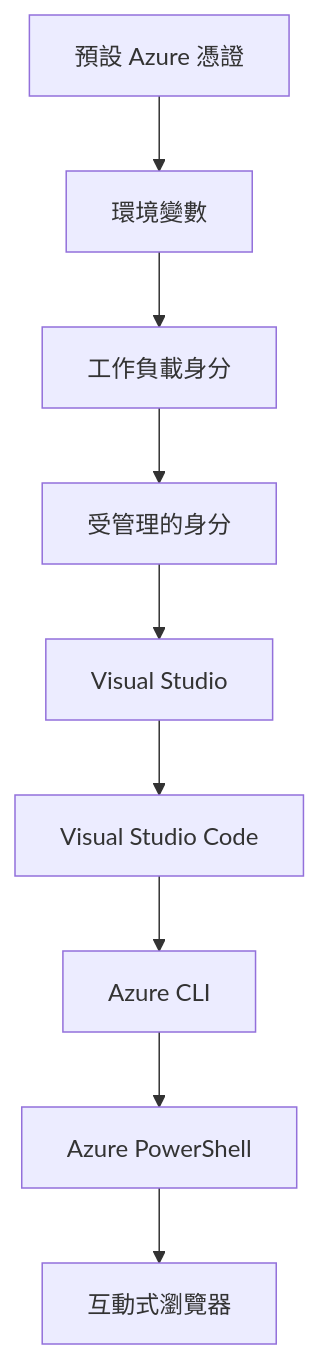
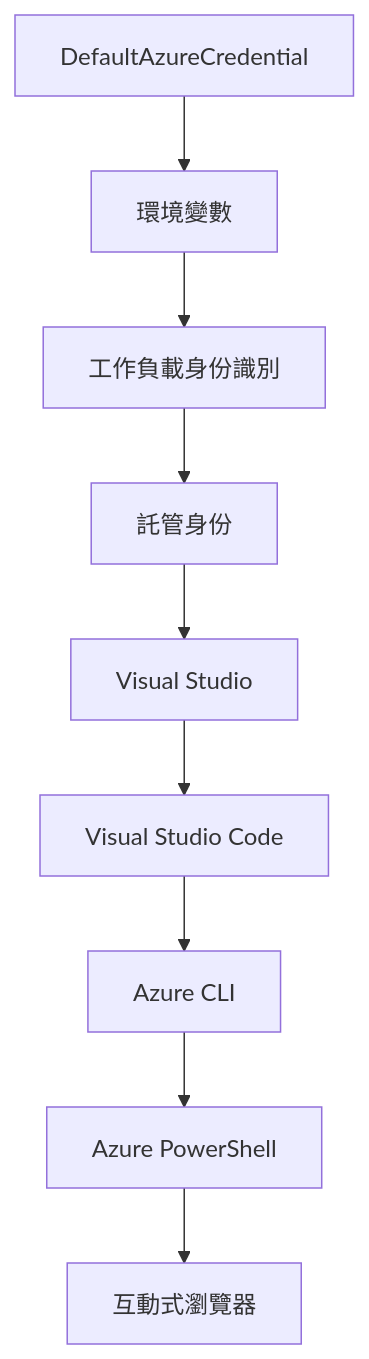
Before and after one commit to microsoft/AZD-for-beginners: the second of 2 diagrams in translations/zh-TW/docs/chapter-01-foundation/azd-basics.md, drawn with Mermaid. The commit also changed other lines of this file and 101 other files, not shown here.

````diff
--- a/translations/zh-TW/docs/chapter-01-foundation/azd-basics.md
+++ b/translations/zh-TW/docs/chapter-01-foundation/azd-basics.md
@@ -593,11 +591,11 @@
 ```mermaid
 graph TD
-    A[預設 Azure 憑證] --> B[環境變數]
-    B --> C[工作負載身分]
-    C --> D[受管理的身分]
+    A[DefaultAzureCredential] --> B[環境變數]
+    B --> C[工作負載身份識別]
+    C --> D[託管身份]
     D --> E[Visual Studio]
     E --> F[Visual Studio Code]
     F --> G[Azure CLI]
     G --> H[Azure PowerShell]
     H --> I[互動式瀏覽器]
 ```
````
